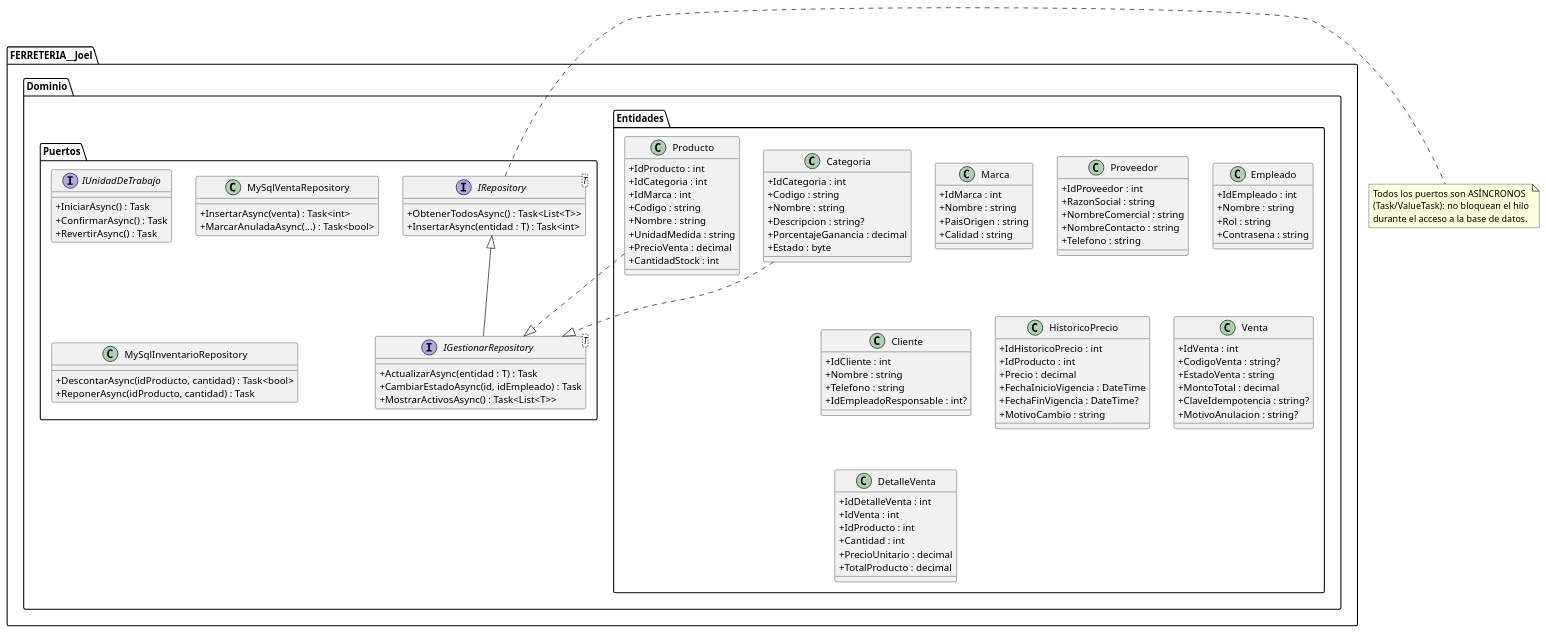
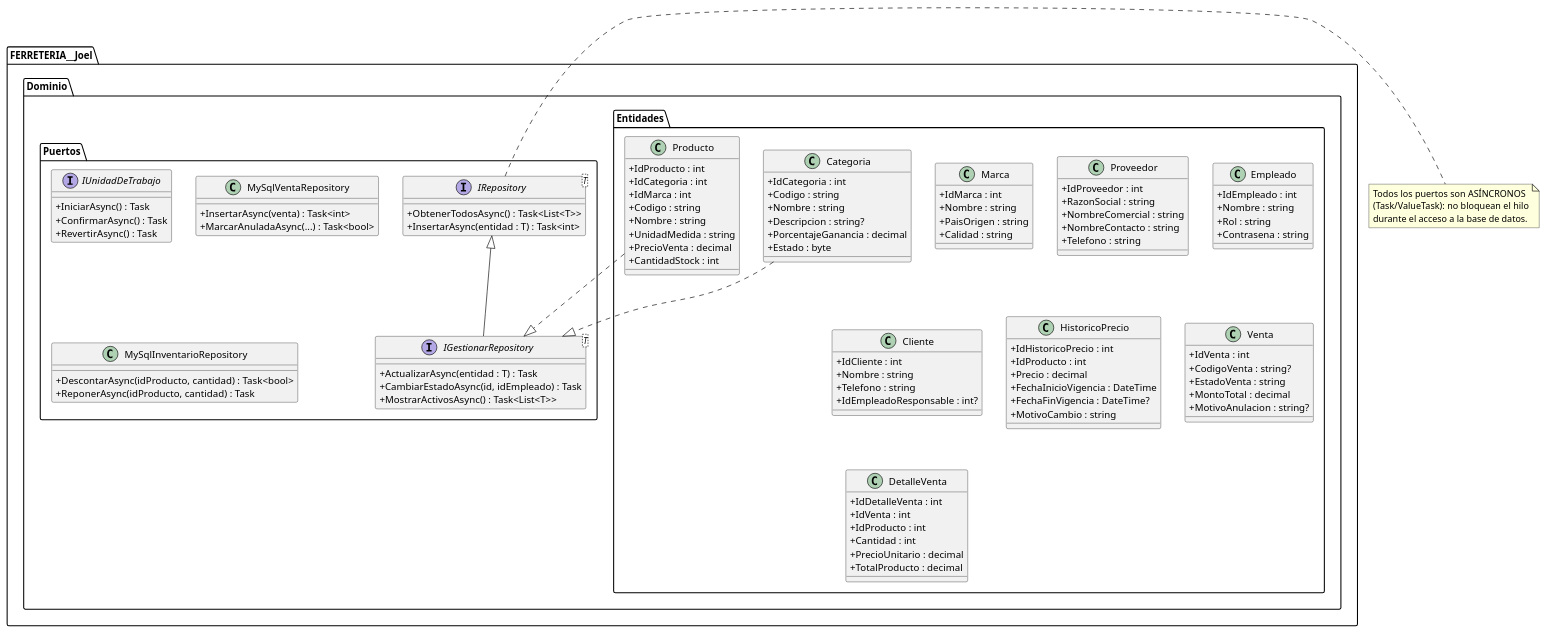
The first of 3 diagrams in FERRETERIA  Joel/Documentacion/Informe_SOLID_FerreteriaJoel.md (luis-ag23/FERRETERIA-JOEL), drawn with PlantUML before and after one commit. The commit also changed other lines of this file and 3 other files, not shown here.

```diff
--- a/FERRETERIA  Joel/Documentacion/Informe_SOLID_FerreteriaJoel.md
+++ b/FERRETERIA  Joel/Documentacion/Informe_SOLID_FerreteriaJoel.md
@@ -331,7 +334,6 @@
     + CodigoVenta : string?
     + EstadoVenta : string
     + MontoTotal : decimal
-    + ClaveIdempotencia : string?
     + MotivoAnulacion : string?
   }
   class DetalleVenta {
```
